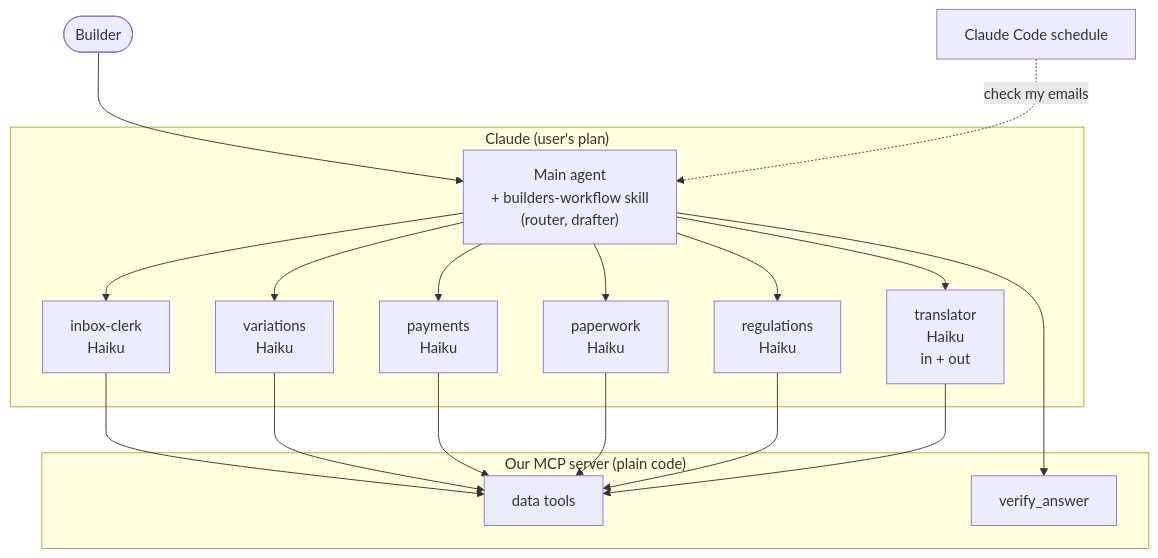
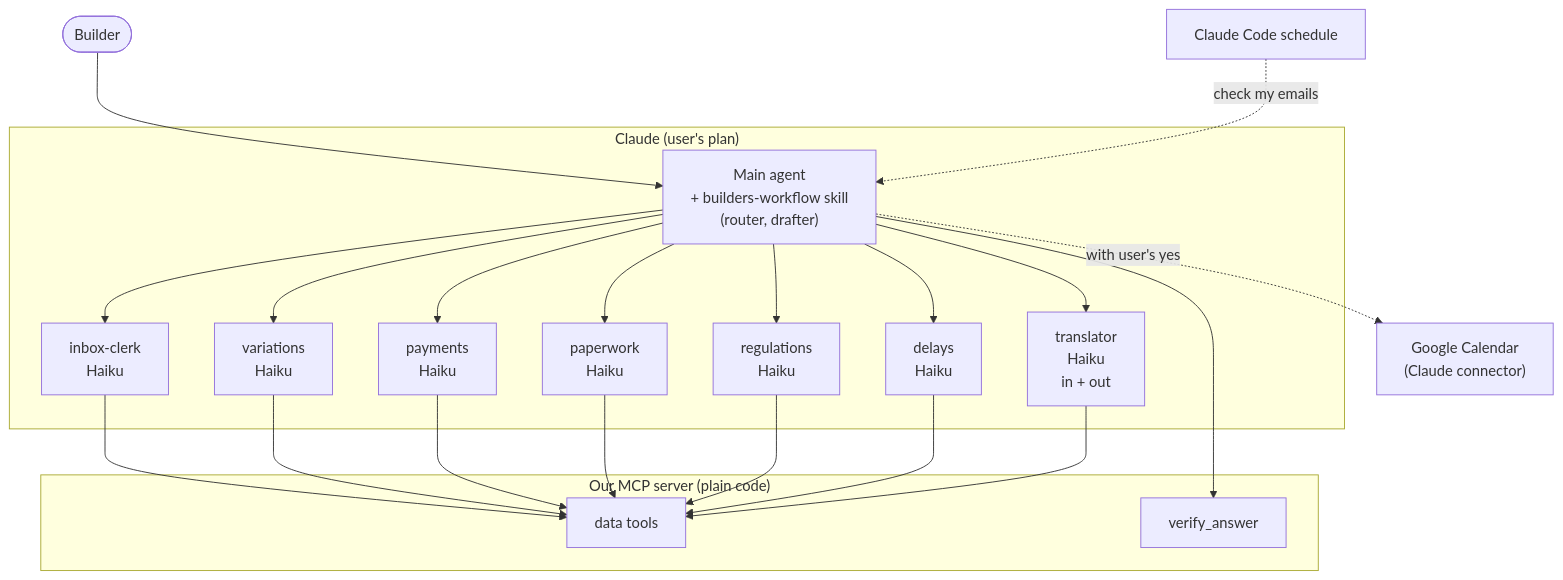
The first of 4 diagrams in architecture/design/agents.md (florinmarcus/builders_lab), drawn with Mermaid before and after one commit. The commit also changed other lines of this file and 17 other files, not shown here.

First line of the commit message:
Delays specialist (timeline, contract clauses, law if silent; advice: send?, how, protect, who, charges); contract v3; calendar step with consent; addressed drafts; docs

````diff
--- a/architecture/design/agents.md
+++ b/architecture/design/agents.md
@@ -10,21 +10,23 @@
 ```mermaid
 flowchart TB
     user(["Builder"]) --> main
     subgraph claude["Claude (user's plan)"]
         main["Main agent<br/>+ builders-workflow skill<br/>(router, drafter)"]
         main --> tr["translator<br/>Haiku<br/>in + out"]
         main --> inbox["inbox-clerk<br/>Haiku"]
         main --> var["variations<br/>Haiku"]
         main --> pay["payments<br/>Haiku"]
         main --> paper["paperwork<br/>Haiku"]
         main --> regs["regulations<br/>Haiku"]
+        main --> dly["delays<br/>Haiku"]
     end
     subgraph server["Our MCP server (plain code)"]
         tools["data tools"]
         guard["verify_answer"]
     end
-    inbox & var & pay & paper & regs --> tools
+    inbox & var & pay & paper & regs & dly --> tools
     tr --> tools
     main --> guard
     sched["Claude Code schedule"] -.->|"check my emails"| main
+    main -.->|"with user's yes"| cal["Google Calendar<br/>(Claude connector)"]
 ```
````
